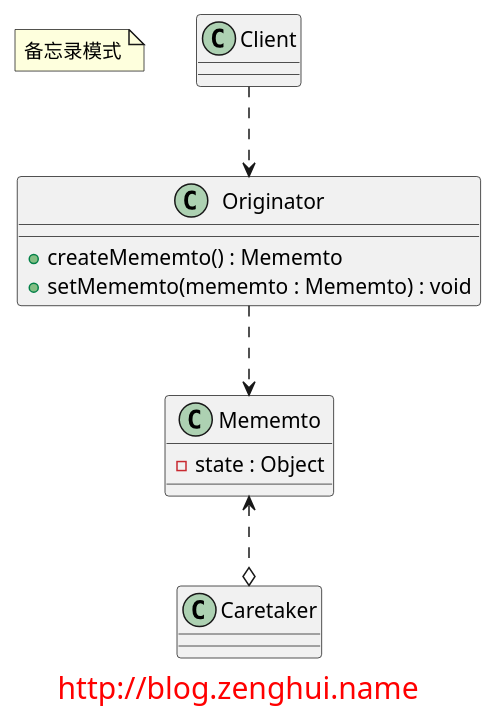
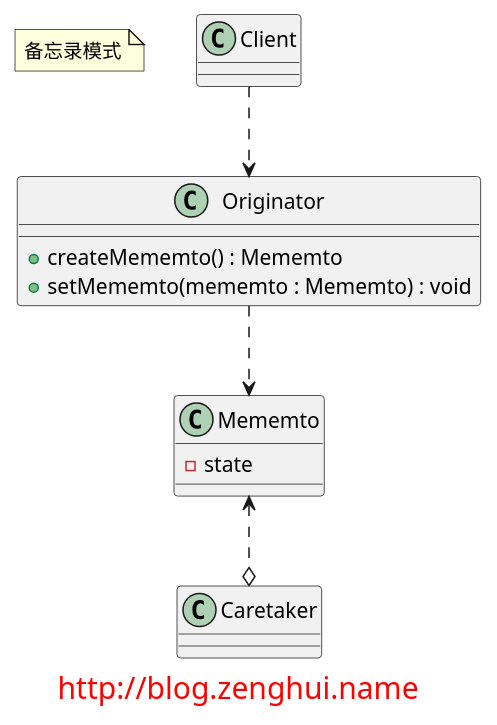
The diagram in memento/diagrams/pattern.puml (elvinzeng/java-design-pattern-samples), drawn with PlantUML before and after one commit. The commit also changed 1 other file, not shown here.

Commit message:
更新备忘录模式类图

```diff
--- a/memento/diagrams/pattern.puml
+++ b/memento/diagrams/pattern.puml
@@ -1,27 +1,27 @@
 @startuml
 
 note "备忘录模式" as name
 
 class Mememto{
-    - state : Object
+    - state
 }
 
 class Originator{
     + createMememto() : Mememto
     + setMememto(mememto : Mememto) : void
 }
 
 class Caretaker{
 
 }
 
 Originator ..> Mememto
 Mememto <..o Caretaker
 
 Client ..> Originator
 
 footer
 <font size="20" color="red">http://blog.zenghui.name</font>
 endfooter
 
 @enduml
```
